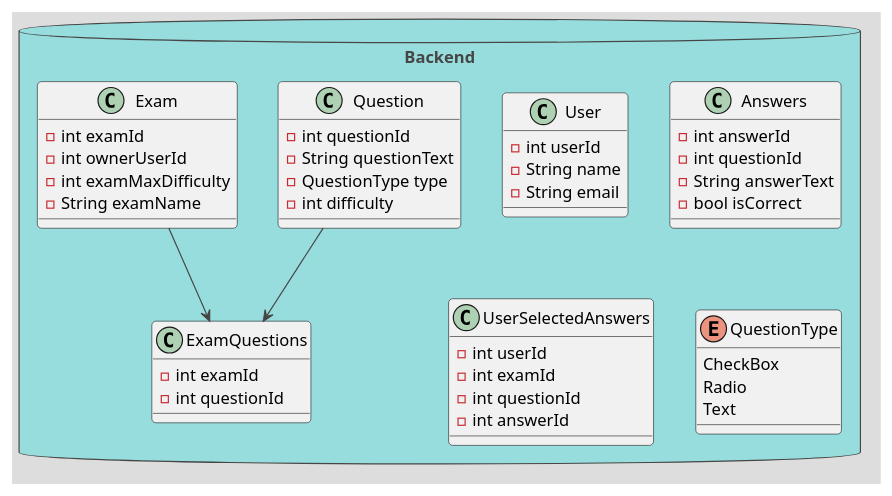
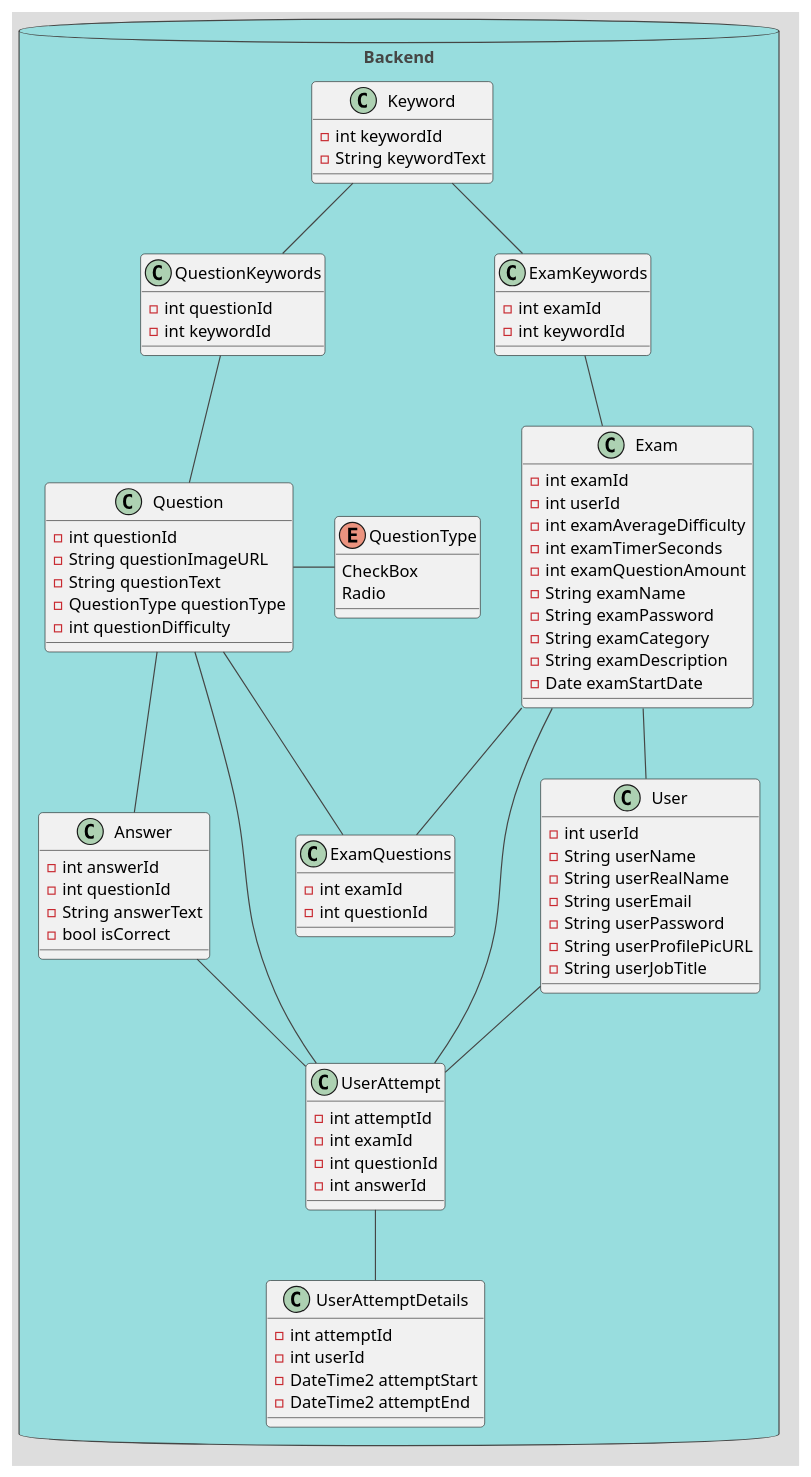
One commit to IGabrielIli/OnlineAssessment-Gr3 changed the diagram in uml_plan.puml. Above: the diagram before and after it, drawn with PlantUML. The commit also changed 2 other files, not shown here.

```diff
--- a/uml_plan.puml
+++ b/uml_plan.puml
@@ -1,45 +1,85 @@
 @startuml ADOPSE_uml
 !theme toy
 database "Backend" {
   class User {
     -int userId
-    -String name
-    -String email
+    -String userName
+    -String userRealName
+    -String userEmail
+    -String userPassword
+    -String userProfilePicURL
+    -String userJobTitle
   }
   class Question {
     -int questionId
+    -String questionImageURL
     -String questionText
-    -QuestionType type
-    -int difficulty
+    -QuestionType questionType
+    -int questionDifficulty
   }
   class Exam {
     -int examId
-    -int ownerUserId
-    -int examMaxDifficulty
+    -int userId
+    -int examAverageDifficulty
+    -int examTimerSeconds
+    -int examQuestionAmount
     -String examName
+    -String examPassword
+    -String examCategory
+    -String examDescription
+    -Date examStartDate
+  }
+  class ExamKeywords {
+    -int examId
+    -int keywordId
+  }
+  class QuestionKeywords {
+    -int questionId
+    -int keywordId
+  }
+  class Keyword {
+    -int keywordId
+    -String keywordText
   }
   class ExamQuestions {
     -int examId
     -int questionId
   }
-  class Answers {
+  class Answer {
     -int answerId
     -int questionId
     -String answerText
     -bool isCorrect
   }
-  class UserSelectedAnswers {
-    -int userId
+  class UserAttempt {
+    -int attemptId
     -int examId
     -int questionId
     -int answerId
   }
-  Exam --> ExamQuestions
-  Question --> ExamQuestions
+  class UserAttemptDetails {
+    -int attemptId
+    -int userId
+    -DateTime2 attemptStart
+    -DateTime2 attemptEnd
+  }
   enum QuestionType {
     CheckBox
     Radio
-    Text
   }
+  Exam -up- ExamKeywords
+  Keyword -- ExamKeywords
+  Question -up- QuestionKeywords
+  Keyword -- QuestionKeywords
+  Exam -- ExamQuestions
+  Exam -- User
+  Question -- Answer
+  Question -- ExamQuestions
+  Question -left- QuestionType
+  User -- UserAttempt
+  Exam -- UserAttempt
+  Question -- UserAttempt
+  Answer -- UserAttempt
+  UserAttempt -- UserAttemptDetails
 }
 @enduml
```
